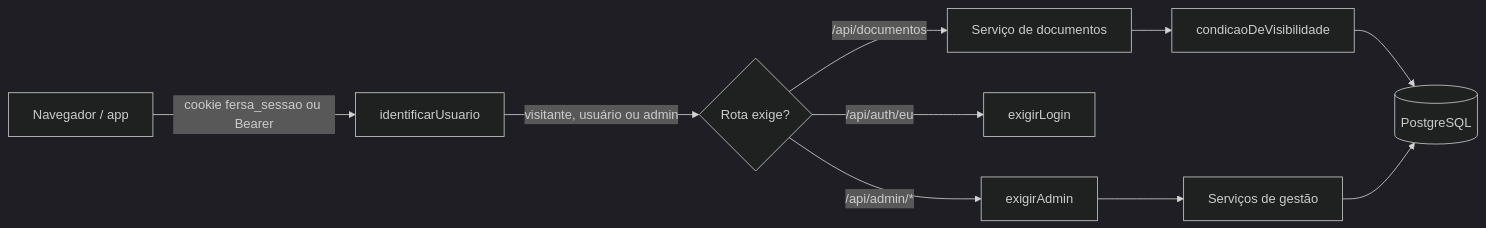
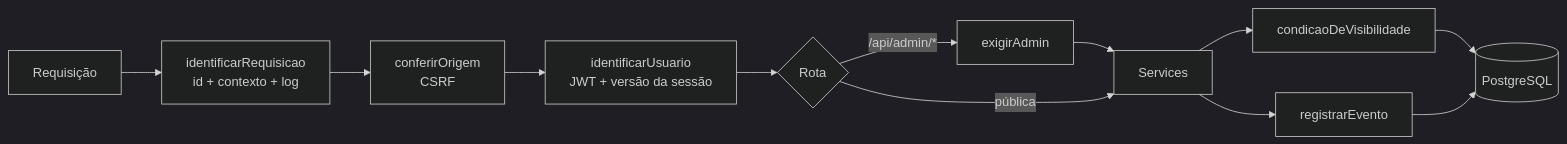
One commit to LxzCunha/Fersa-Care changed the second of 3 diagrams in README.md. Above: the diagram before and after it, drawn with Mermaid (dark theme). The commit also changed other lines of this file and 147 other files, not shown here.

````diff
--- a/README.md
+++ b/README.md
@@ -201,12 +141,11 @@
 ```mermaid
 flowchart LR
-  A[Navegador / app] -->|cookie fersa_sessao ou Bearer| B[identificarUsuario]
-  B -->|visitante, usuário ou admin| C{Rota exige?}
-  C -->|/api/admin/*| D[exigirAdmin]
-  C -->|/api/auth/eu| E[exigirLogin]
-  C -->|/api/documentos| F[Serviço de documentos]
-  D --> G[Serviços de gestão]
-  F --> H[condicaoDeVisibilidade]
-  H --> I[(PostgreSQL)]
-  G --> I
+  R[Requisição] --> ID[identificarRequisicao<br>id + contexto + log]
+  ID --> OR[conferirOrigem<br>CSRF]
+  OR --> AU[identificarUsuario<br>JWT + versão da sessão]
+  AU --> ROT{Rota}
+  ROT -->|/api/admin/*| ADM[exigirAdmin] --> SV[Services]
+  ROT -->|pública| SV
+  SV --> VIS[condicaoDeVisibilidade] --> DB[(PostgreSQL)]
+  SV --> AUD[registrarEvento] --> DB
 ```
````
